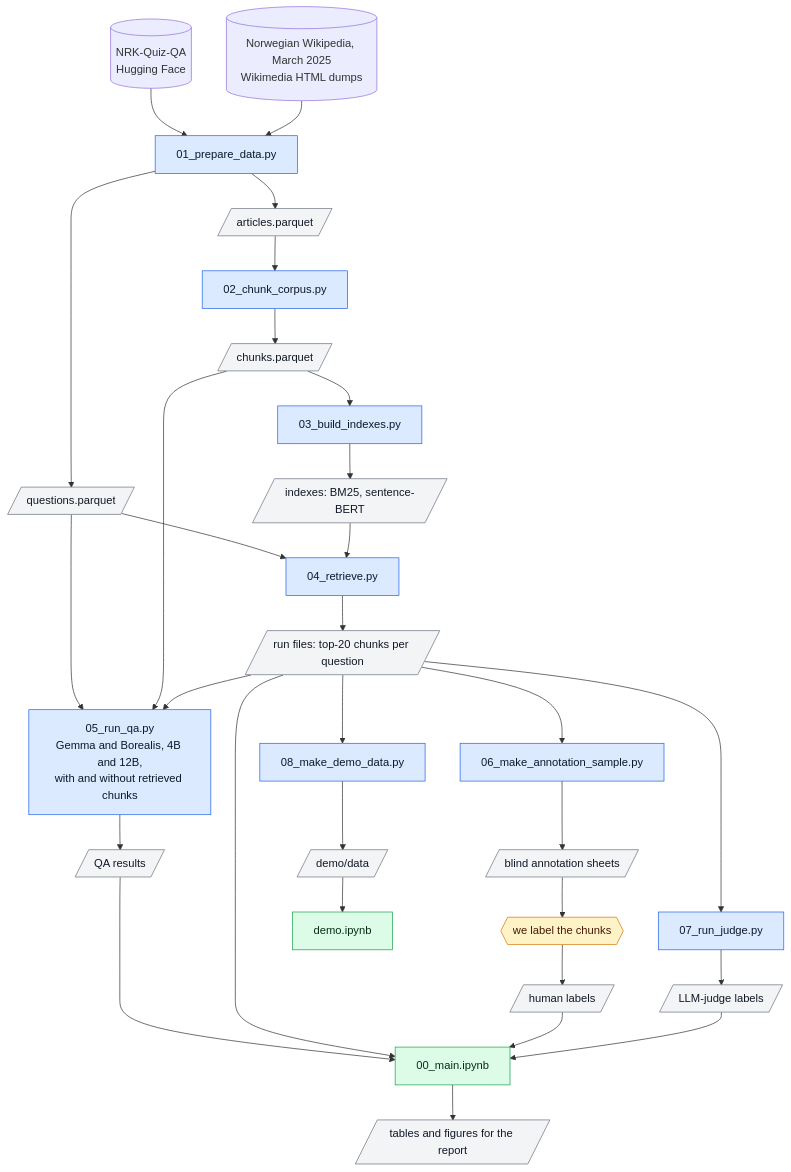
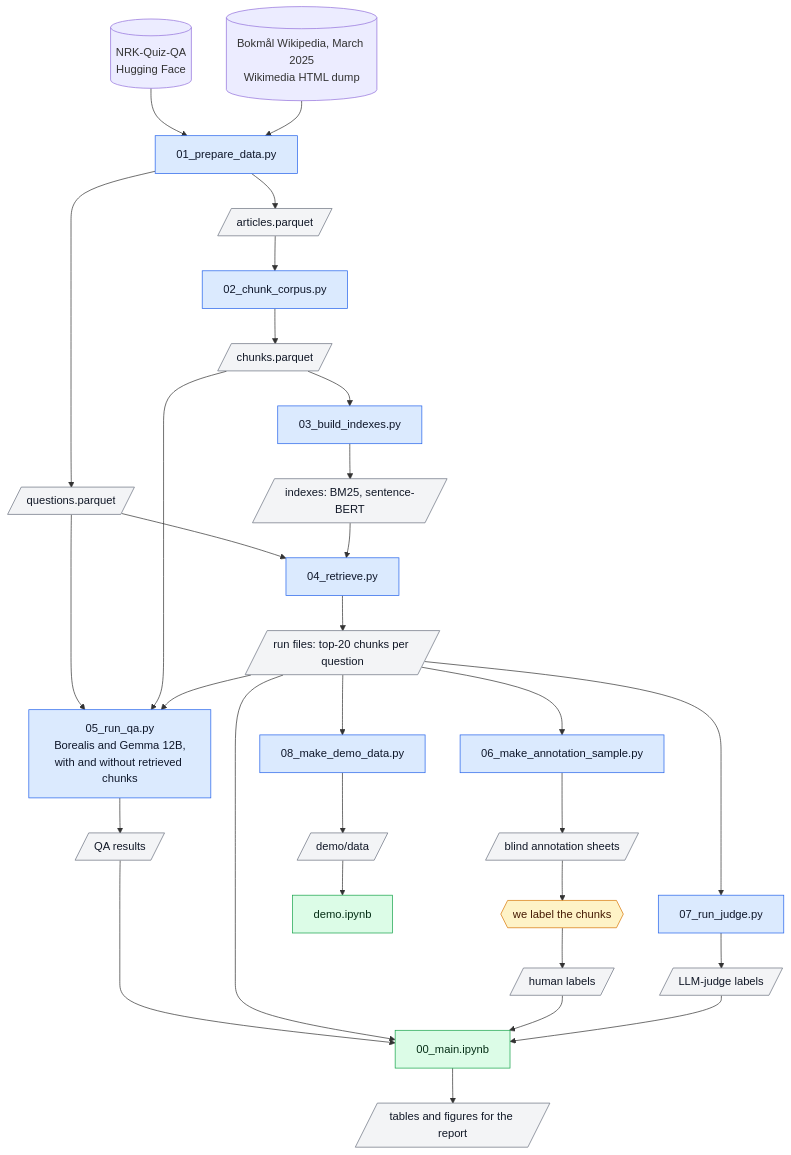
One commit to Morttra/BBAN4040-spraakteknologi changed the diagram in README.md. Above: the diagram before and after it, drawn with Mermaid. The commit also changed other lines of this file and 20 other files, not shown here.

Commit message:
Script 01-04 runs fine. top 20 chunks for every question retrieved. Also removed all related to nynorsk from the project. And added some new metrics for judging BM25 vs sBERT.

````diff
--- a/README.md
+++ b/README.md
@@ -44,41 +44,41 @@
 ```mermaid
 flowchart TD
     NRK[("NRK-Quiz-QA<br/>Hugging Face")]
-    WIKI[("Norwegian Wikipedia, March 2025<br/>Wikimedia HTML dumps")]
+    WIKI[("Bokmål Wikipedia, March 2025<br/>Wikimedia HTML dump")]
 
     NRK --> S01
     WIKI --> S01
     S01["01_prepare_data.py"] --> Q[/"questions.parquet"/]
     S01 --> A[/"articles.parquet"/]
     A --> S02["02_chunk_corpus.py"] --> C[/"chunks.parquet"/]
     C --> S03["03_build_indexes.py"] --> I[/"indexes: BM25, sentence-BERT"/]
     Q --> S04["04_retrieve.py"]
     I --> S04
     S04 --> R[/"run files: top-20 chunks per question"/]
 
-    Q --> S05["05_run_qa.py<br/>Gemma and Borealis, 4B and 12B,<br/>with and without retrieved chunks"]
+    Q --> S05["05_run_qa.py<br/>Borealis and Gemma 12B,<br/>with and without retrieved chunks"]
     C --> S05
     R --> S05
     S05 --> QA[/"QA results"/]
 
     R --> S06["06_make_annotation_sample.py"] --> SH[/"blind annotation sheets"/]
     SH --> H{{"we label the chunks"}} --> L[/"human labels"/]
     R --> S07["07_run_judge.py"] --> J[/"LLM-judge labels"/]
 
     QA --> M["00_main.ipynb"]
     R --> M
     L --> M
     J --> M
     M --> OUT[/"tables and figures for the report"/]
 
     R --> S08["08_make_demo_data.py"] --> D[/"demo/data"/] --> DEMO["demo.ipynb"]
 
     classDef script fill:#dbeafe,stroke:#2563eb,color:#0f172a
     classDef file fill:#f3f4f6,stroke:#6b7280,color:#111827
     classDef notebook fill:#dcfce7,stroke:#16a34a,color:#052e16
     classDef manual fill:#fef3c7,stroke:#d97706,color:#451a03
     class S01,S02,S03,S04,S05,S06,S07,S08 script
     class Q,A,C,I,R,QA,SH,L,J,OUT,D file
     class M,DEMO notebook
     class H manual
 ```
````
